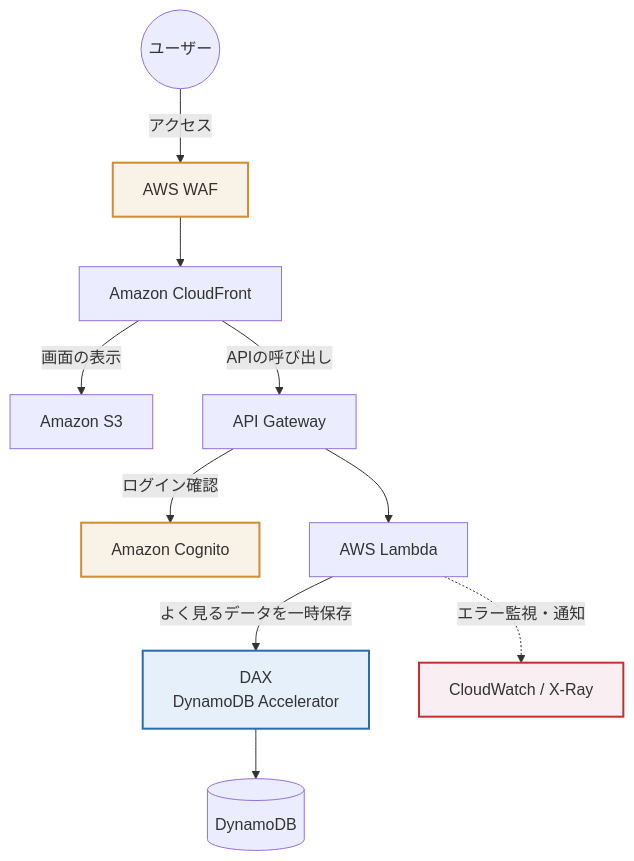
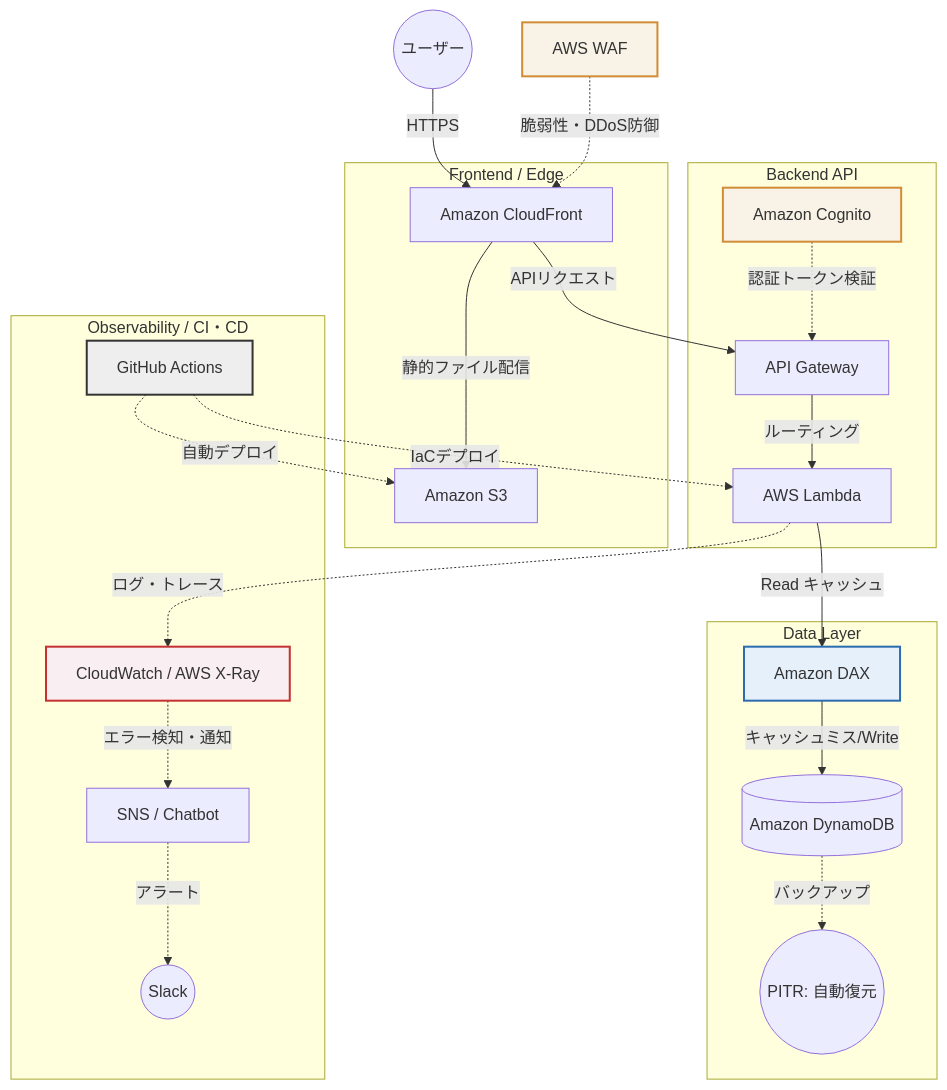
One commit to pakuchi1231/snippet-portfolio changed the second of 2 diagrams in README.md. Above: the diagram before and after it, drawn with Mermaid. The commit also changed other lines of this file, not shown here.

Commit message:
docs: 大規模設計の具体的なポイントを追記

````diff
--- a/README.md
+++ b/README.md
@@ -59,21 +59,41 @@
 ```mermaid
 graph TD
-    User((ユーザー)) -->|アクセス| WAF[AWS WAF]
-    WAF --> CF[Amazon CloudFront]
-    
-    CF -->|画面の表示| S3[Amazon S3]
-    CF -->|APIの呼び出し| APIGW[API Gateway]
-    
-    APIGW -->|ログイン確認| Cognito[Amazon Cognito]
-    APIGW --> Lambda[AWS Lambda]
-    
-    Lambda -->|よく見るデータを一時保存| DAX[DAX <br/> DynamoDB Accelerator]
-    DAX --> DDB[(DynamoDB)]
-    
-    Lambda -.->|エラー監視・通知| CW[CloudWatch / X-Ray]
-    
+    %% ユーザーからのアクセス
+    User((ユーザー)) -->|HTTPS| CF[Amazon CloudFront]
+    WAF[AWS WAF] -.->|脆弱性・DDoS防御| CF
+
+    %% フロントエンド配信
+    subgraph "Frontend / Edge"
+        CF -->|静的ファイル配信| S3[Amazon S3]
+    end
+
+    %% バックエンドAPIと認証
+    subgraph "Backend API"
+        CF -->|APIリクエスト| APIGW[API Gateway]
+        Cognito[Amazon Cognito] -.->|認証トークン検証| APIGW
+        APIGW -->|ルーティング| Lambda[AWS Lambda]
+    end
+
+    %% データベースとキャッシュ
+    subgraph "Data Layer"
+        Lambda -->|Read キャッシュ| DAX[Amazon DAX]
+        DAX -->|キャッシュミス/Write| DDB[(Amazon DynamoDB)]
+        DDB -.->|バックアップ| PITR((PITR: 自動復元))
+    end
+
+    %% 運用保守・監視
+    subgraph "Observability / CI・CD"
+        Lambda -.->|ログ・トレース| CW[CloudWatch / AWS X-Ray]
+        CW -.->|エラー検知・通知| SNS[SNS / Chatbot]
+        SNS -.->|アラート| Slack((Slack))
+        GitHub[GitHub Actions] -.->|自動デプロイ| S3
+        GitHub -.->|IaCデプロイ| Lambda
+    end
+
+    %% スタイリング
     style WAF fill:#f9f2e7,stroke:#d18c35,stroke-width:2px
     style Cognito fill:#f9f2e7,stroke:#d18c35,stroke-width:2px
     style DAX fill:#e6f0fa,stroke:#2b6cb0,stroke-width:2px
     style CW fill:#f9eef2,stroke:#c53030,stroke-width:2px
+    style GitHub fill:#eeeeee,stroke:#333333,stroke-width:2px
 ```
````
